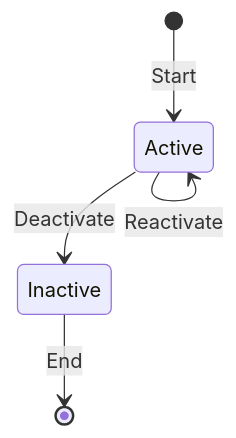
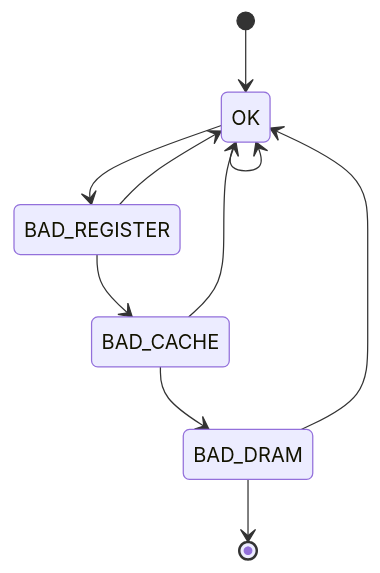
The first of 2 diagrams in example_directory/example.md (Derrekito/mdVault), drawn with Mermaid before and after one commit. The commit also changed other lines of this file and 7 other files, not shown here.

First line of the commit message:
Added PDF support for Mermaid!

````diff
--- a/example_directory/example.md
+++ b/example_directory/example.md
@@ -54,7 +56,15 @@
-```mermaid
+```mermaid{.mermaid width="50%"}
 stateDiagram-v2
-[*] --> Active: Start
-Active --> Inactive: Deactivate
-Active --> Active: Reactivate
-Inactive --> [*]: End
+[*] --> OK
+
+OK --> OK
+
+OK --> BAD_REGISTER
+BAD_REGISTER --> BAD_CACHE
+
+BAD_REGISTER --> OK
+BAD_CACHE --> BAD_DRAM
+BAD_CACHE --> OK
+BAD_DRAM --> OK
+BAD_DRAM --> [*]
 ```
````
